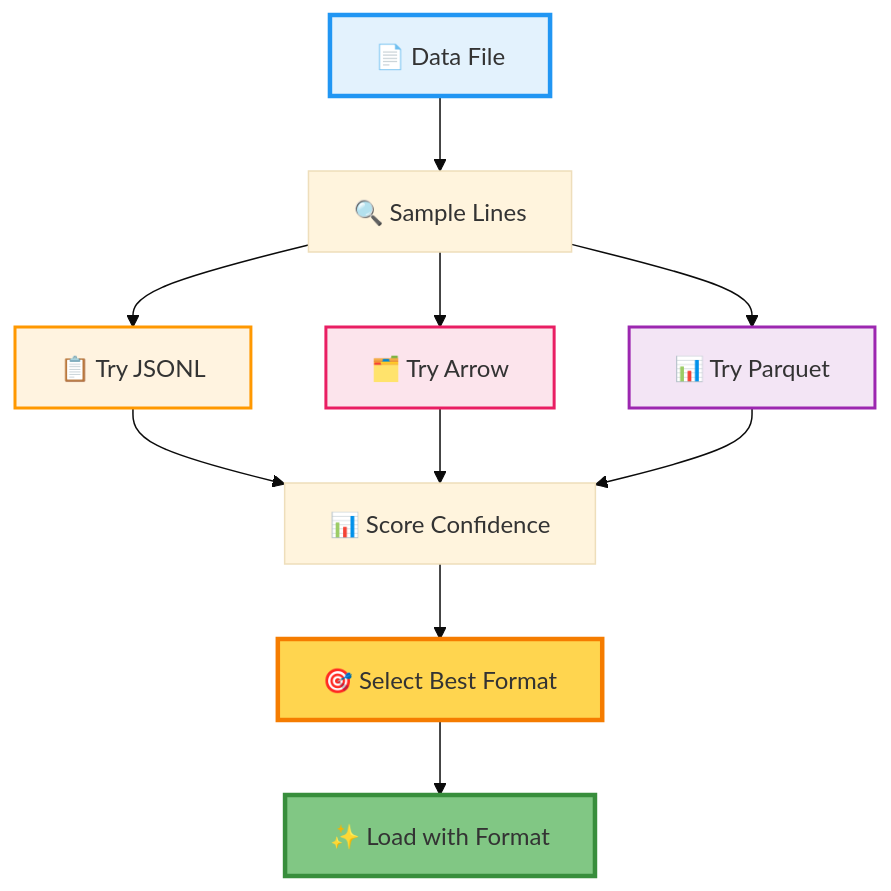
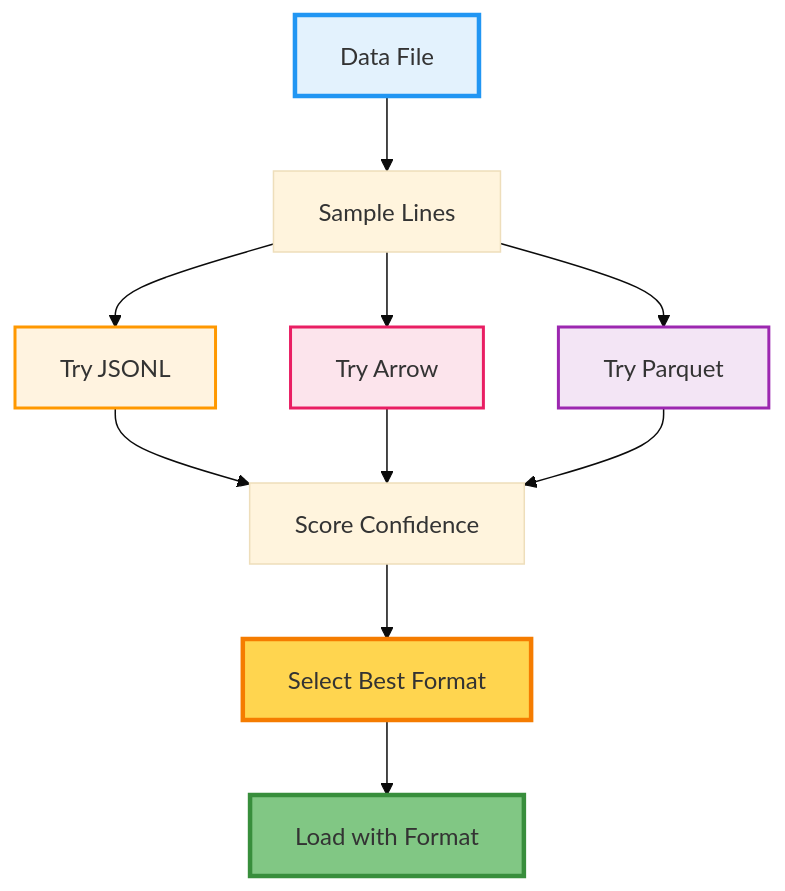
Diagram 14 of 23 in code/docs/FLOWCHARTS_VISUAL.md (Pizzaman213/Ava_AI), drawn with Mermaid (base theme) before and after one commit. The commit also changed other lines of this file and 215 other files, not shown here.

````diff
--- a/code/docs/FLOWCHARTS_VISUAL.md
+++ b/code/docs/FLOWCHARTS_VISUAL.md
@@ -418,21 +418,21 @@
 ```mermaid
 graph TD
-    A[📄 Data File] --> B[🔍 Sample Lines]
-    B --> C[📋 Try JSONL]
-    B --> D[🗂️ Try Arrow]
-    B --> E[📊 Try Parquet]
+    A[ Data File] --> B[ Sample Lines]
+    B --> C[ Try JSONL]
+    B --> D[ Try Arrow]
+    B --> E[ Try Parquet]
 
-    C --> F[📊 Score Confidence]
+    C --> F[ Score Confidence]
     D --> F
     E --> F
 
-    F --> G[🎯 Select Best Format]
-    G --> H[✨ Load with Format]
+    F --> G[ Select Best Format]
+    G --> H[ Load with Format]
 
     style A fill:#E3F2FD,stroke:#2196F3,stroke-width:3px
     style C fill:#FFF3E0,stroke:#FF9800,stroke-width:2px
     style D fill:#FCE4EC,stroke:#E91E63,stroke-width:2px
     style E fill:#F3E5F5,stroke:#9C27B0,stroke-width:2px
     style G fill:#FFD54F,stroke:#F57C00,stroke-width:3px
     style H fill:#81C784,stroke:#388E3C,stroke-width:3px
 ```
````
